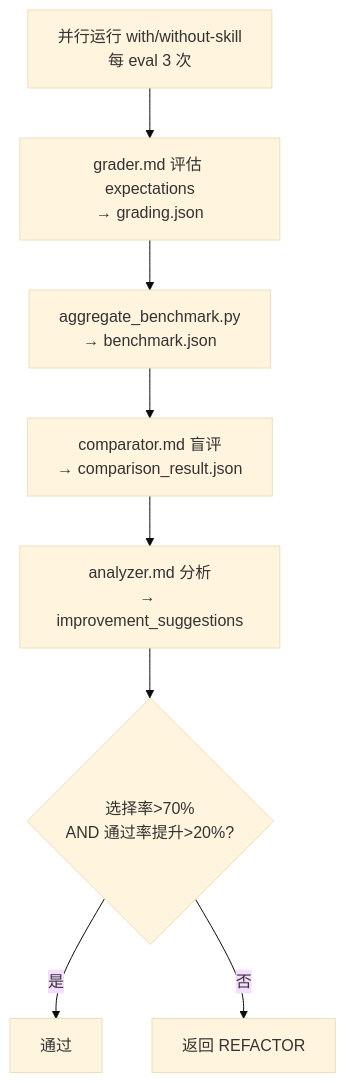
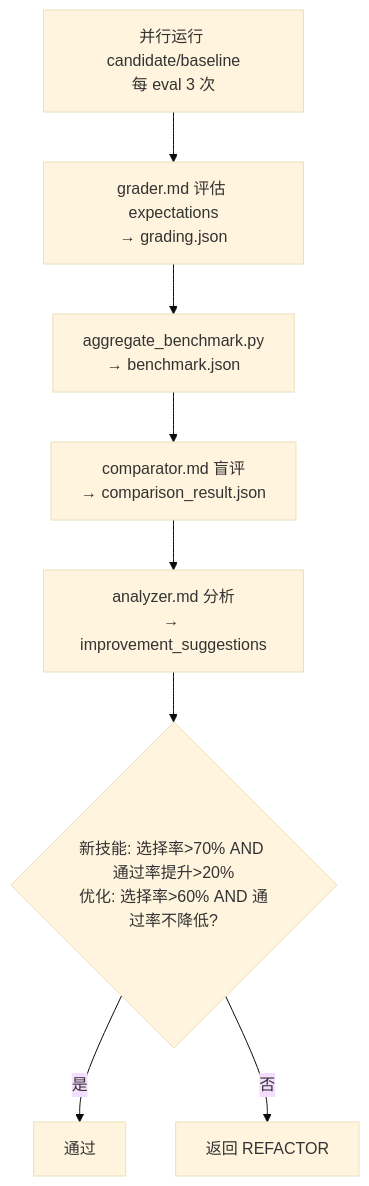
One commit to Z-JaDe/meta-skill changed the fourth of 4 diagrams in skills/meta-skill/SKILL.md. Above: the diagram before and after it, drawn with Mermaid (base theme). The commit also changed other lines of this file, not shown here.

````diff
--- a/skills/meta-skill/SKILL.md
+++ b/skills/meta-skill/SKILL.md
@@ -134,10 +142,10 @@
 ```mermaid
 flowchart TD
-    S1[并行运行 with/without-skill<br/>每 eval 3 次] --> S2[grader.md 评估 expectations<br/>→ grading.json]
+    S1[并行运行 candidate/baseline<br/>每 eval 3 次] --> S2[grader.md 评估 expectations<br/>→ grading.json]
     S2 --> S3[aggregate_benchmark.py<br/>→ benchmark.json]
     S3 --> S4[comparator.md 盲评<br/>→ comparison_result.json]
     S4 --> S5[analyzer.md 分析<br/>→ improvement_suggestions]
-    S5 --> S6{选择率>70%<br/>AND 通过率提升>20%?}
+    S5 --> S6{新技能: 选择率>70% AND 通过率提升>20%<br/>优化: 选择率>60% AND 通过率不降低?}
     S6 -->|是| Pass[通过]
     S6 -->|否| Refactor[返回 REFACTOR]
 ```
````
